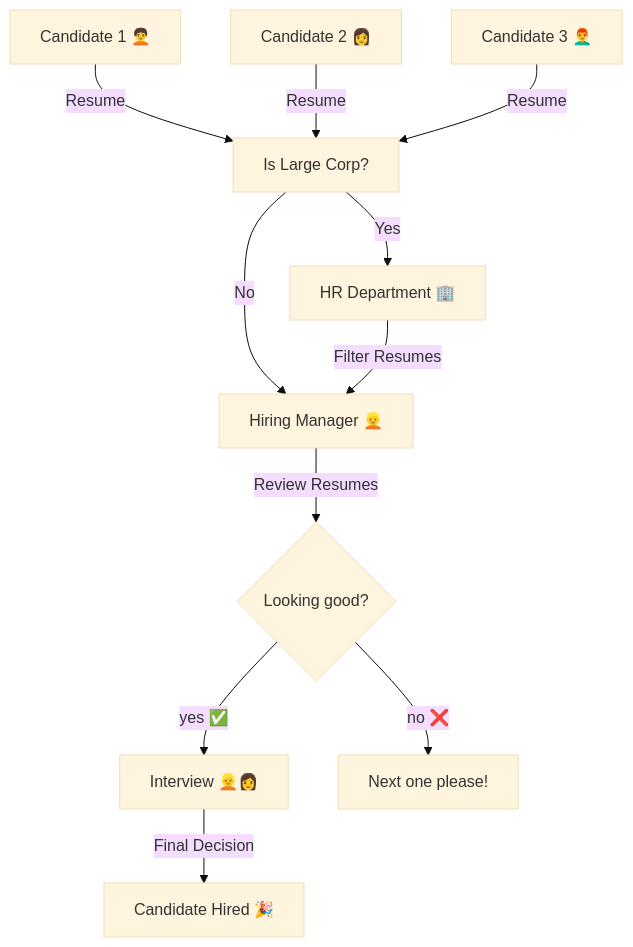
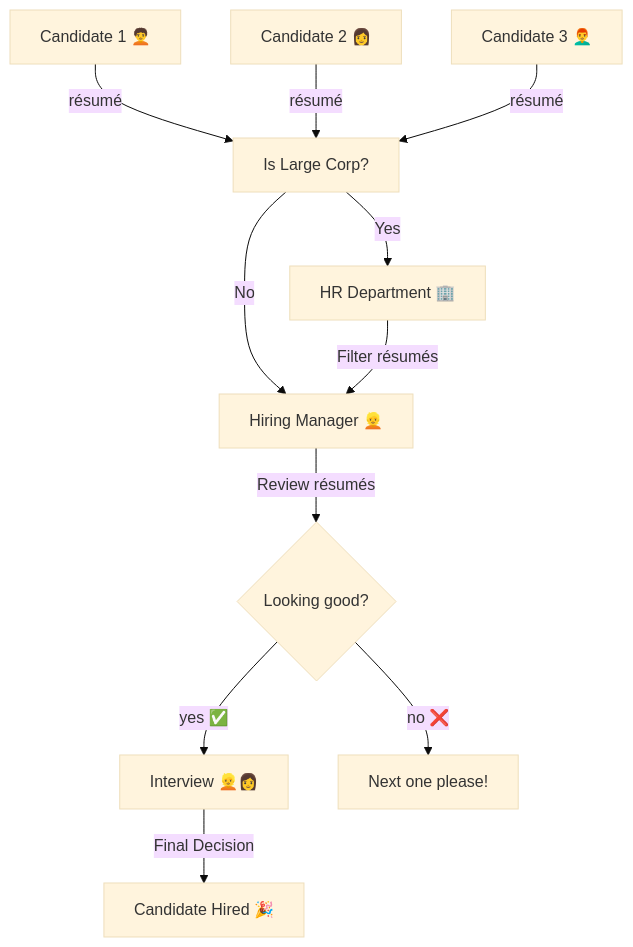
The diagram in _posts/2024/2024-01-12-building-and-leveling-up-a-computer-scientist-resume.md (cesarsotovalero/cesarsotovalero.github.io), drawn with Mermaid before and after one commit. The commit also changed other lines of this file, not shown here.

````diff
--- a/_posts/2024/2024-01-12-building-and-leveling-up-a-computer-scientist-resume.md
+++ b/_posts/2024/2024-01-12-building-and-leveling-up-a-computer-scientist-resume.md
@@ -116,14 +116,14 @@
 ```mermaid
 %%{init: {'theme':'base'}}%%
 graph TD
-    A1[Candidate 1 🧑‍🦱] -->|Resume| B1[Is Large Corp?]
-    A2[Candidate 2 👩] -->|Resume| B1[Is Large Corp?]
-    A3[Candidate 3 👨‍🦰] -->|Resume| B1[Is Large Corp?]
+    A1[Candidate 1 🧑‍🦱] -->|résumé| B1[Is Large Corp?]
+    A2[Candidate 2 👩] -->|résumé| B1[Is Large Corp?]
+    A3[Candidate 3 👨‍🦰] -->|résumé| B1[Is Large Corp?]
     B1 -->|Yes| B2[HR Department 🏢]
     B1 -->|No| B3[Hiring Manager 👱]
-    B2 -->|Filter Resumes| B3
-    B3 -->|Review Resumes| C1{Looking good?}
+    B2 -->|Filter résumés| B3
+    B3 -->|Review résumés| C1{Looking good?}
     C1 -->|yes ✅| D1[Interview 👱👩]
     C1 -->|no ❌| D3[Next one please!]
     D1 -->|Final Decision| E1[Candidate Hired 🎉]
 ```
````
